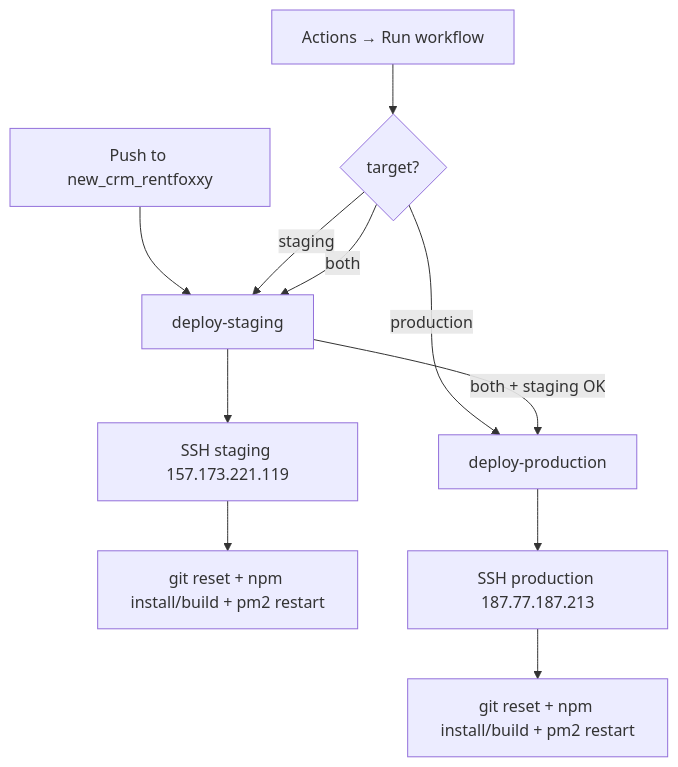
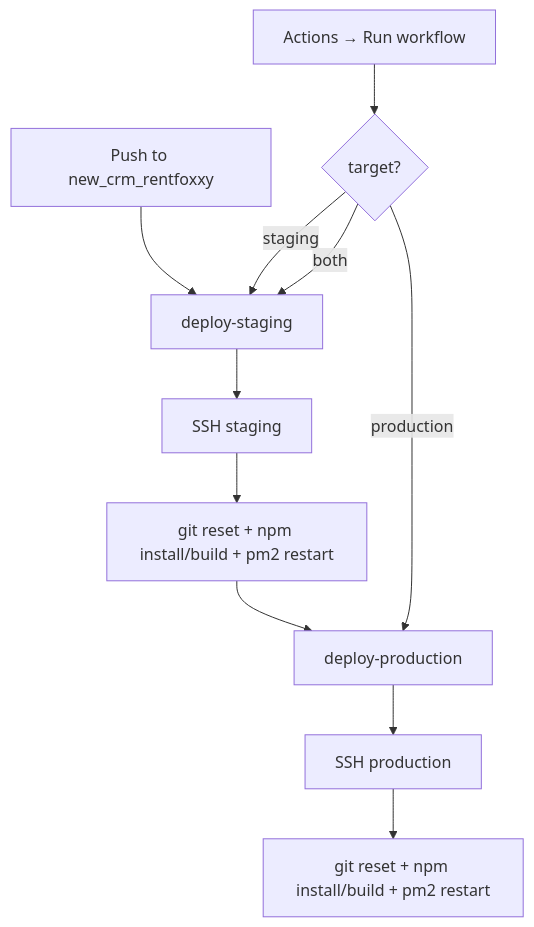
Before and after one commit to pankajrentfoxxy/crm_rentfoxxy: the diagram in deploy/CI_CD_SETUP.md, drawn with Mermaid. The commit also changed other lines of this file and 1 other file, not shown here.

Commit message:
updated prod and staging

````diff
--- a/deploy/CI_CD_SETUP.md
+++ b/deploy/CI_CD_SETUP.md
@@ -26,14 +26,14 @@
 ```mermaid
 flowchart TD
   A[Push to new_crm_rentfoxxy] --> B[deploy-staging]
-  B --> C[SSH staging 157.173.221.119]
+  B --> C[SSH staging]
   C --> D[git reset + npm install/build + pm2 restart]
+  D --> G[deploy-production]
+  G --> H[SSH production]
+  H --> I[git reset + npm install/build + pm2 restart]
 
   E[Actions → Run workflow] --> F{target?}
   F -->|staging| B
-  F -->|production| G[deploy-production]
+  F -->|production| G
   F -->|both| B
-  B -->|both + staging OK| G
-  G --> H[SSH production 187.77.187.213]
-  H --> I[git reset + npm install/build + pm2 restart]
 ```
````
